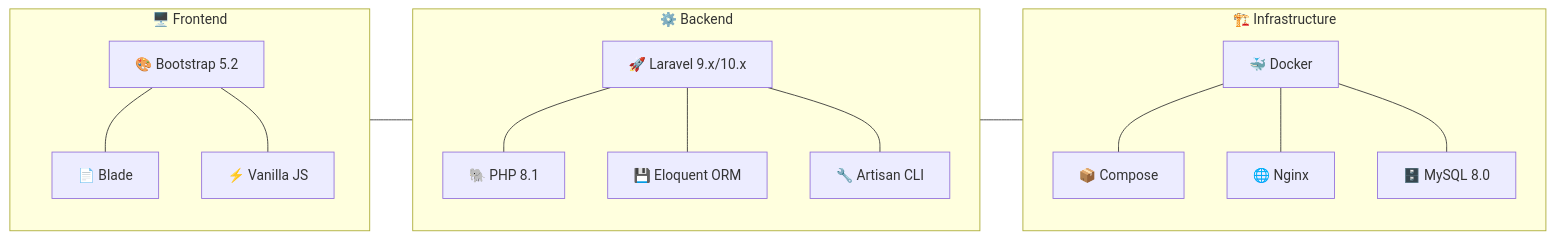
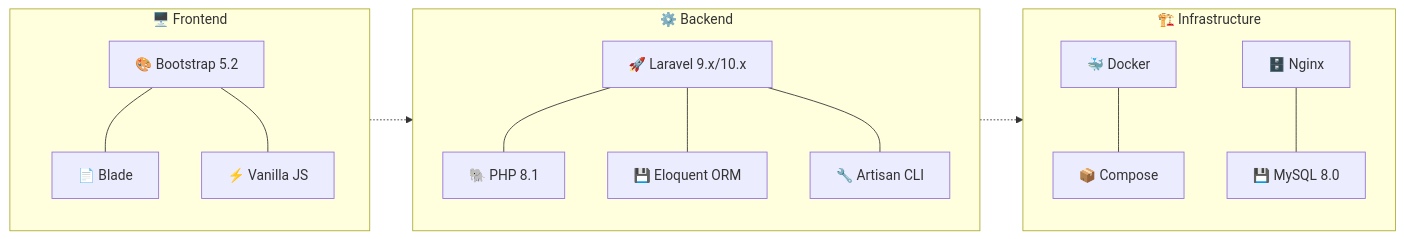
One commit to SubbotinRoman/shop changed the second of 2 diagrams in README.md. Above: the diagram before and after it, drawn with Mermaid. The commit also changed other lines of this file, not shown here.

````diff
--- a/README.md
+++ b/README.md
@@ -47,22 +44,21 @@
 ```mermaid
 graph LR
     subgraph Frontend["🖥️ Frontend"]
         A1[🎨 Bootstrap 5.2] --- A2[📄 Blade]
         A1 --- A3[⚡ Vanilla JS]
     end
 
     subgraph Backend["⚙️ Backend"]
         B1[🚀 Laravel 9.x/10.x] --- B2[🐘 PHP 8.1]
         B1 --- B3[💾 Eloquent ORM]
         B1 --- B4[🔧 Artisan CLI]
     end
 
     subgraph Infrastructure["🏗️ Infrastructure"]
         C1[🐳 Docker] --- C2[📦 Compose]
-        C1 --- C3[🌐 Nginx]
-        C1 --- C4[🗄️ MySQL 8.0]
+        C3[🗄️ Nginx] --- C4[💾 MySQL 8.0]
     end
 
-    Frontend --- Backend
-    Backend --- Infrastructure
+    Frontend -.-> Backend
+    Backend -.-> Infrastructure
 ```
````
